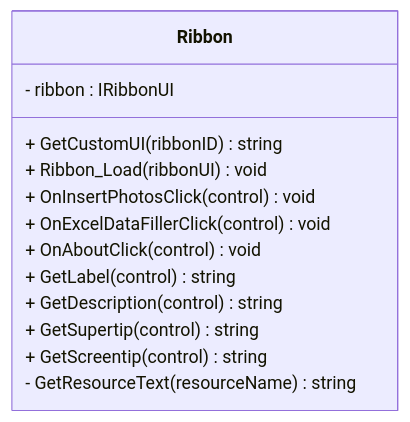
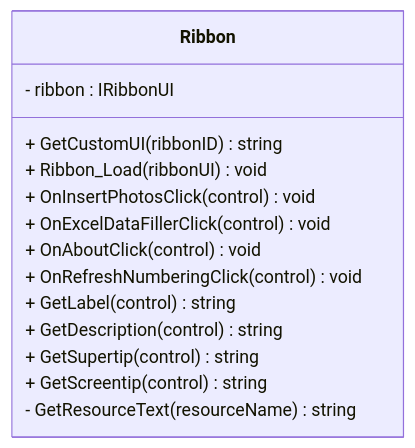
One commit to rainiva/WordTools changed the fourth of 12 diagrams in .qoder/repowiki/zh/content/架构设计/Ribbon界面系统.md. Above: the diagram before and after it, drawn with Mermaid. The commit also changed other lines of this file and 12 other files, not shown here.

````diff
--- a/.qoder/repowiki/zh/content/架构设计/Ribbon界面系统.md
+++ b/.qoder/repowiki/zh/content/架构设计/Ribbon界面系统.md
@@ -147,16 +180,17 @@
 ```mermaid
 classDiagram
 class Ribbon {
 - ribbon : IRibbonUI
 + GetCustomUI(ribbonID) string
 + Ribbon_Load(ribbonUI) void
 + OnInsertPhotosClick(control) void
 + OnExcelDataFillerClick(control) void
 + OnAboutClick(control) void
++ OnRefreshNumberingClick(control) void
 + GetLabel(control) string
 + GetDescription(control) string
 + GetSupertip(control) string
 + GetScreentip(control) string
 - GetResourceText(resourceName) string
 }
 ```
````
